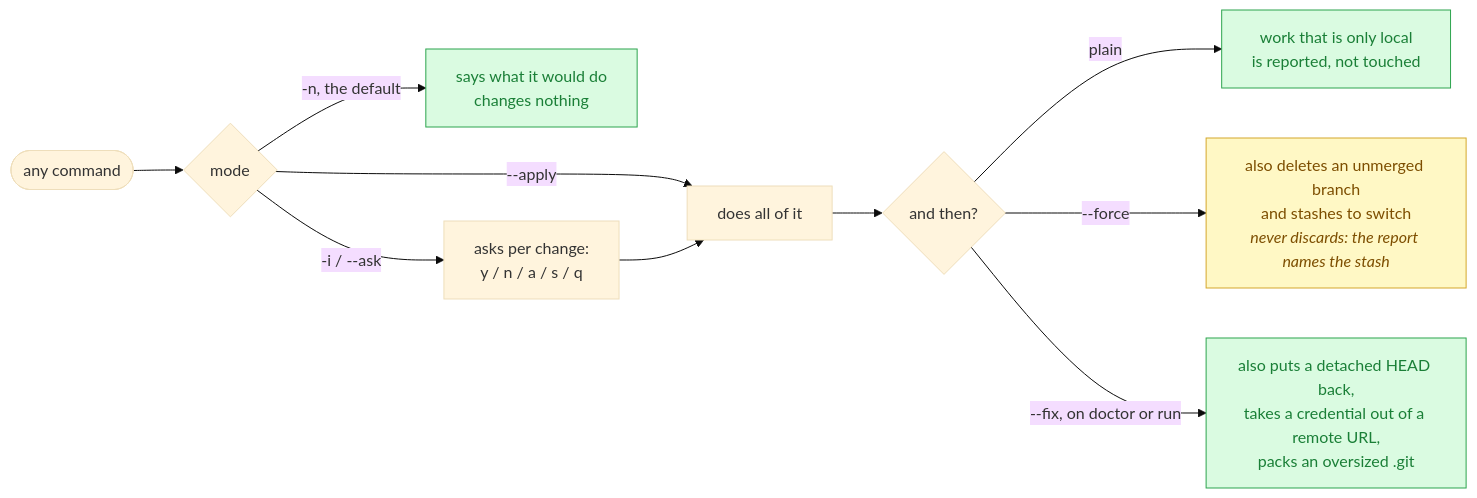
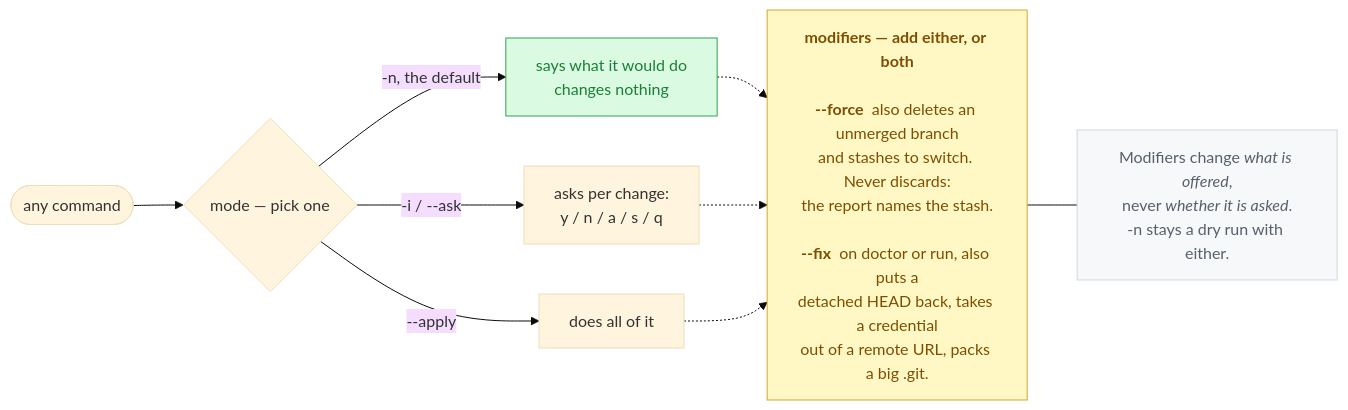
One commit to sapn95/git-tidy changed the fourth of 4 diagrams in README.md. Above: the diagram before and after it, drawn with Mermaid (base theme). The commit also changed 3 other files, not shown here.

````diff
--- a/README.md
+++ b/README.md
@@ -382,17 +382,23 @@
 ```mermaid
 flowchart LR
-    A([any command]) --> M{mode}
+    A([any command]) --> M{"mode — pick one"}
     M -->|"-n, the default"| DRY["says what it would do<br>changes nothing"]
     M -->|"-i / --ask"| ASK["asks per change:<br>y / n / a / s / q"]
     M -->|"--apply"| DO["does all of it"]
-    ASK --> DO
-    DO --> F{"and then?"}
-    F -->|"plain"| SAFE["work that is only local<br>is reported, not touched"]
-    F -->|"--force"| MORE["also deletes an unmerged branch<br>and stashes to switch<br><i>never discards: the report names the stash</i>"]
-    F -->|"--fix, on doctor or run"| FIX["also puts a detached HEAD back,<br>takes a credential out of a remote URL,<br>packs an oversized .git"]
+
+    MOD["<b>modifiers — add either, or both</b><br><br><b>--force</b>  also deletes an unmerged branch<br>and stashes to switch. Never discards:<br>the report names the stash.<br><br><b>--fix</b>  on doctor or run, also puts a<br>detached HEAD back, takes a credential<br>out of a remote URL, packs a big .git."]
+
+    DRY -.-> MOD
+    ASK -.-> MOD
+    DO -.-> MOD
+
+    N["Modifiers change <i>what is offered</i>,<br>never <i>whether it is asked</i>.<br>-n stays a dry run with either."]
+    MOD --- N
 
     classDef safe fill:#dafbe1,stroke:#2da44e,color:#1a7f37
     classDef warn fill:#fff8c5,stroke:#d4a72c,color:#7d4e00
-    class DRY,SAFE,FIX safe
-    class MORE warn
+    classDef note fill:#f6f8fa,stroke:#d0d7de,color:#57606a
+    class DRY safe
+    class MOD warn
+    class N note
 ```
````
